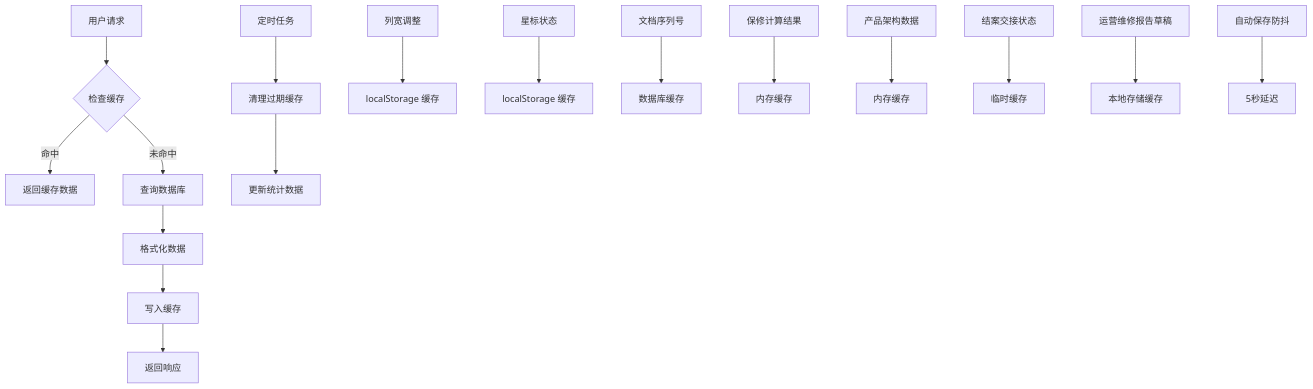
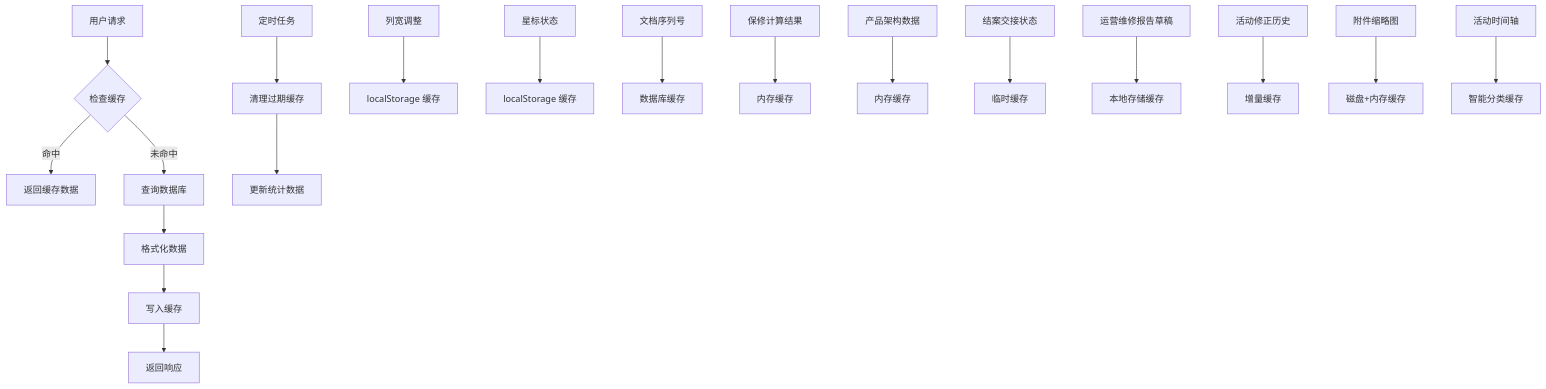
Before and after one commit to CubeEdge/Longhorn: diagram 27 of 27 in .qoder/repowiki/zh/content/前端组件架构/服务工作流增强/服务工作流增强.md, drawn with Mermaid. The commit also changed other lines of this file and 26 other files, not shown here.

````diff
--- a/.qoder/repowiki/zh/content/前端组件架构/服务工作流增强/服务工作流增强.md
+++ b/.qoder/repowiki/zh/content/前端组件架构/服务工作流增强/服务工作流增强.md
@@ -1358,19 +1403,21 @@
 ```mermaid
 flowchart TD
 A[用户请求] --> B{检查缓存}
 B --> |命中| C[返回缓存数据]
 B --> |未命中| D[查询数据库]
 D --> E[格式化数据]
 E --> F[写入缓存]
 F --> G[返回响应]
 H[定时任务] --> I[清理过期缓存]
 I --> J[更新统计数据]
 K[列宽调整] --> L[localStorage 缓存]
 M[星标状态] --> N[localStorage 缓存]
 O[文档序列号] --> P[数据库缓存]
 Q[保修计算结果] --> R[内存缓存]
 S[产品架构数据] --> T[内存缓存]
 U[结案交接状态] --> V[临时缓存]
 W[运营维修报告草稿] --> X[本地存储缓存]
-Y[自动保存防抖] --> Z[5秒延迟]
+Y[活动修正历史] --> Z[增量缓存]
+AA[附件缩略图] --> BB[磁盘+内存缓存]
+CC[活动时间轴] --> DD[智能分类缓存]
 ```
````
